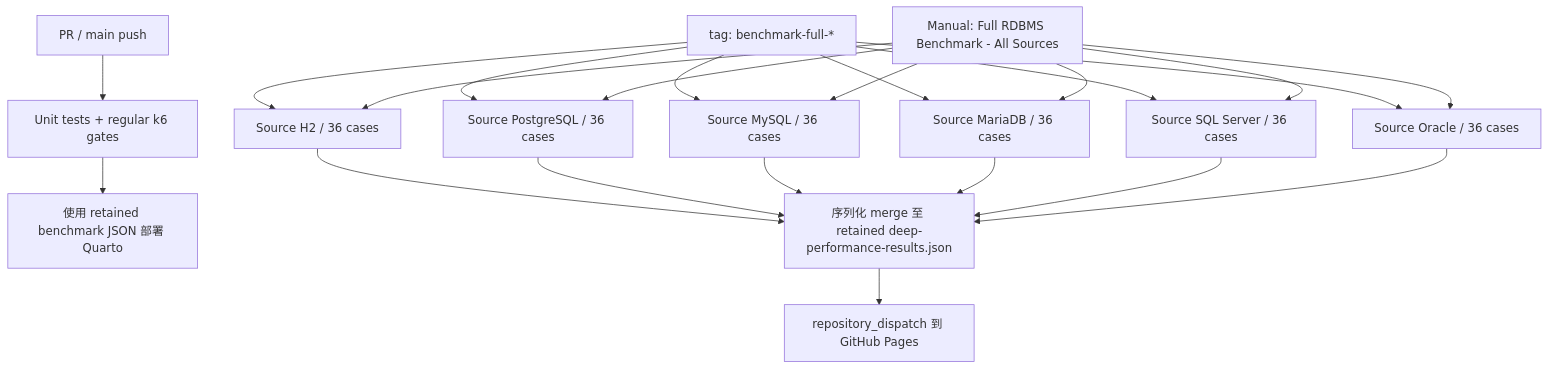
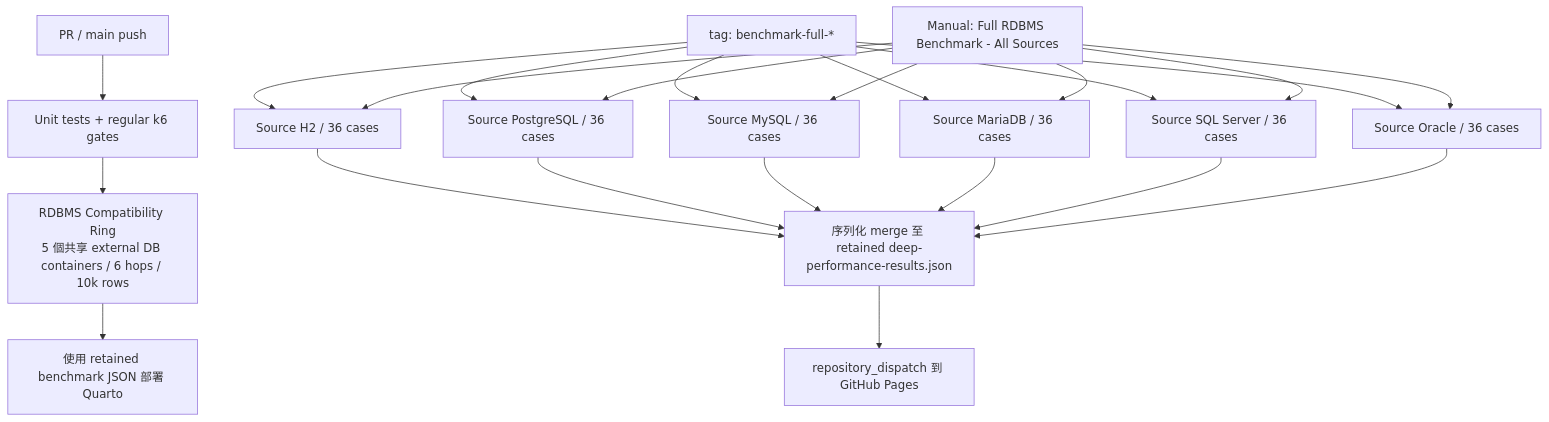
Before and after one commit to tibame201020/IrisPipe: the fourth of 4 diagrams in quarto/zh-TW/performance.qmd, drawn with Mermaid. The commit also changed other lines of this file and 6 other files, not shown here.

Commit message:
ci: add reusable RDBMS compatibility ring (#20)

````diff
--- a/quarto/zh-TW/performance.qmd
+++ b/quarto/zh-TW/performance.qmd
@@ -198,27 +200,29 @@
 ```{mermaid}
 flowchart TD
   PR["PR / main push"] --> G["Unit tests + regular k6 gates"]
-  G --> P["使用 retained benchmark JSON 部署 Quarto"]
+  G --> C["RDBMS Compatibility Ring
+5 個共享 external DB containers / 6 hops / 10k rows"]
+  C --> P["使用 retained benchmark JSON 部署 Quarto"]
 
   T["tag: benchmark-full-*"] --> H2["Source H2 / 36 cases"]
   T --> PG["Source PostgreSQL / 36 cases"]
   T --> MY["Source MySQL / 36 cases"]
   T --> MA["Source MariaDB / 36 cases"]
   T --> MS["Source SQL Server / 36 cases"]
   T --> OR["Source Oracle / 36 cases"]
 
   M["Manual: Full RDBMS Benchmark - All Sources"] --> H2
   M --> PG
   M --> MY
   M --> MA
   M --> MS
   M --> OR
 
   H2 --> R["序列化 merge 至 retained deep-performance-results.json"]
   PG --> R
   MY --> R
   MA --> R
   MS --> R
   OR --> R
   R --> D["repository_dispatch 到 GitHub Pages"]
 ```
````
